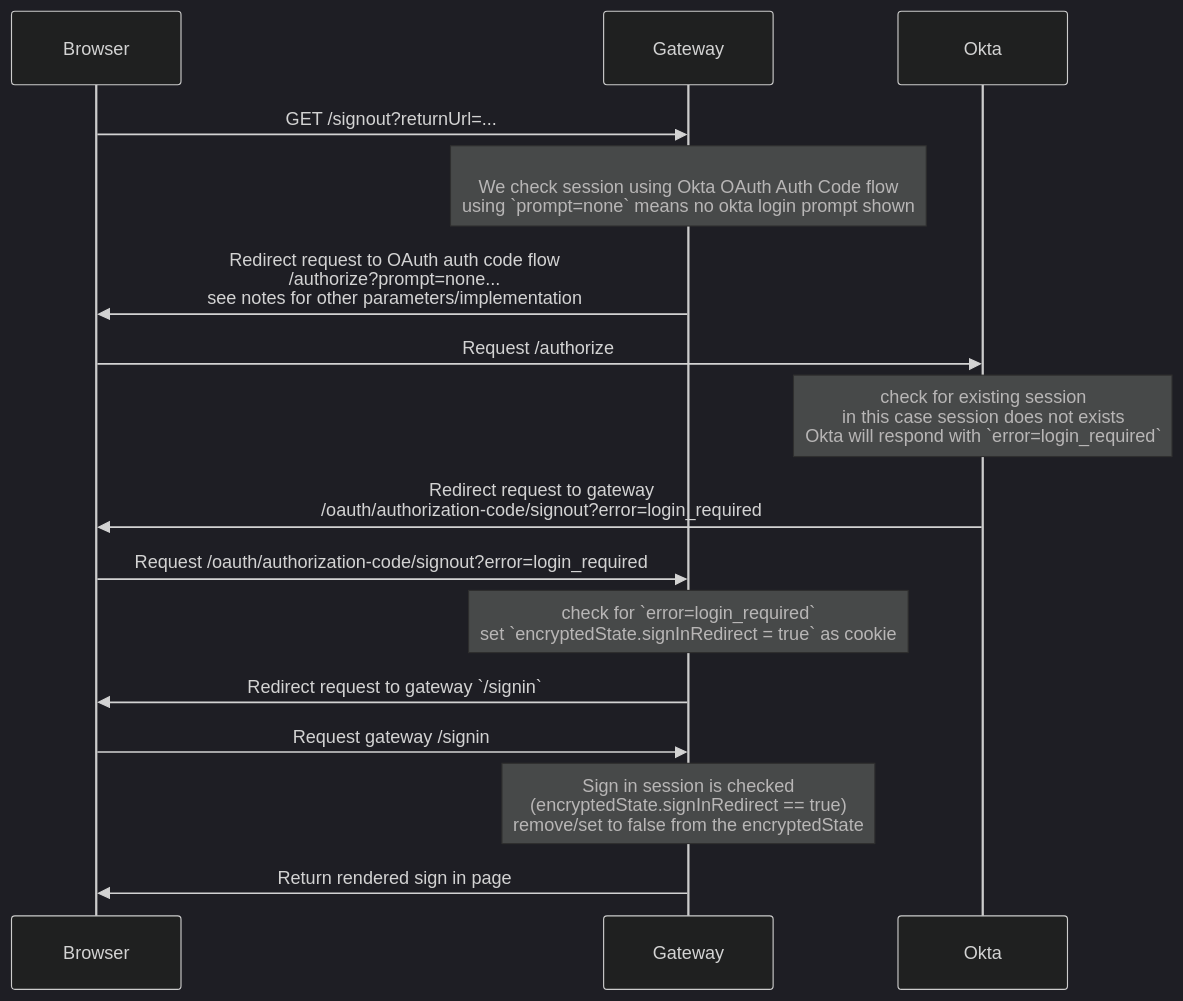
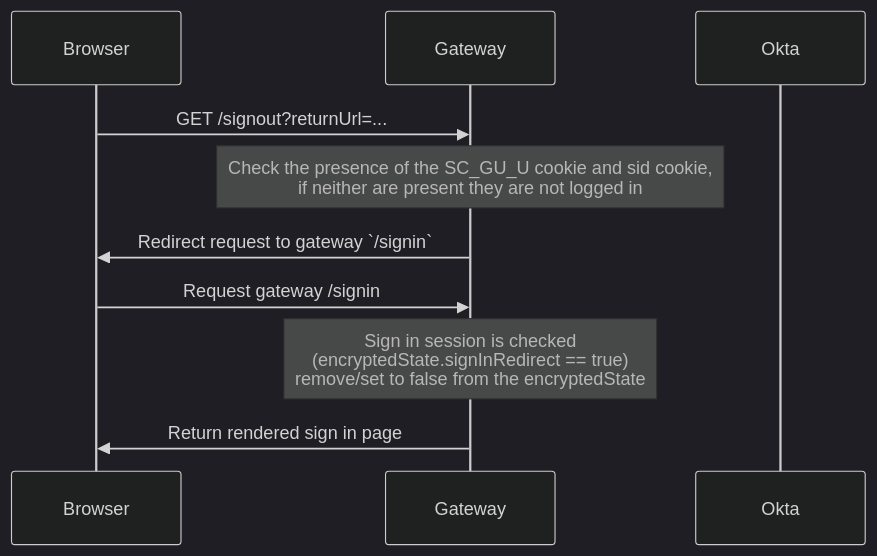
The second of 2 diagrams in docs/okta/signout.md (guardian/gateway), drawn with Mermaid (dark theme) before and after one commit. The commit also changed other lines of this file and 5 other files, not shown here.

Commit message:
feat: adding okta session signout support

````diff
--- a/docs/okta/signout.md
+++ b/docs/okta/signout.md
@@ -51,18 +47,12 @@
 ```mermaid
 sequenceDiagram
   participant Browser
   participant Gateway
   participant Okta
   Browser->>Gateway: GET /signout?returnUrl=...
-  note over Gateway: <br/>We check session using Okta OAuth Auth Code flow<br/>using `prompt=none` means no okta login prompt shown
-  Gateway->>Browser: Redirect request to OAuth auth code flow<br/>/authorize?prompt=none...<br>see notes for other parameters/implementation
-  Browser->>Okta: Request /authorize
-  note over Okta: check for existing session<br>in this case session does not exists<br>Okta will respond with `error=login_required`
-  Okta->>Browser: Redirect request to gateway<br>/oauth/authorization-code/signout?error=login_required
-  Browser->>Gateway: Request /oauth/authorization-code/signout?error=login_required
-  note over Gateway: check for `error=login_required`<br/>set `encryptedState.signInRedirect = true` as cookie
+  note over Gateway: Check the presence of the SC_GU_U cookie and sid cookie, <br/>if neither are present they are not logged in
   Gateway->>Browser: Redirect request to gateway `/signin`
   Browser->>Gateway: Request gateway /signin
   note over Gateway: Sign in session is checked<br/>(encryptedState.signInRedirect == true)<br>remove/set to false from the encryptedState
   Gateway->>Browser: Return rendered sign in page
 ```
````
